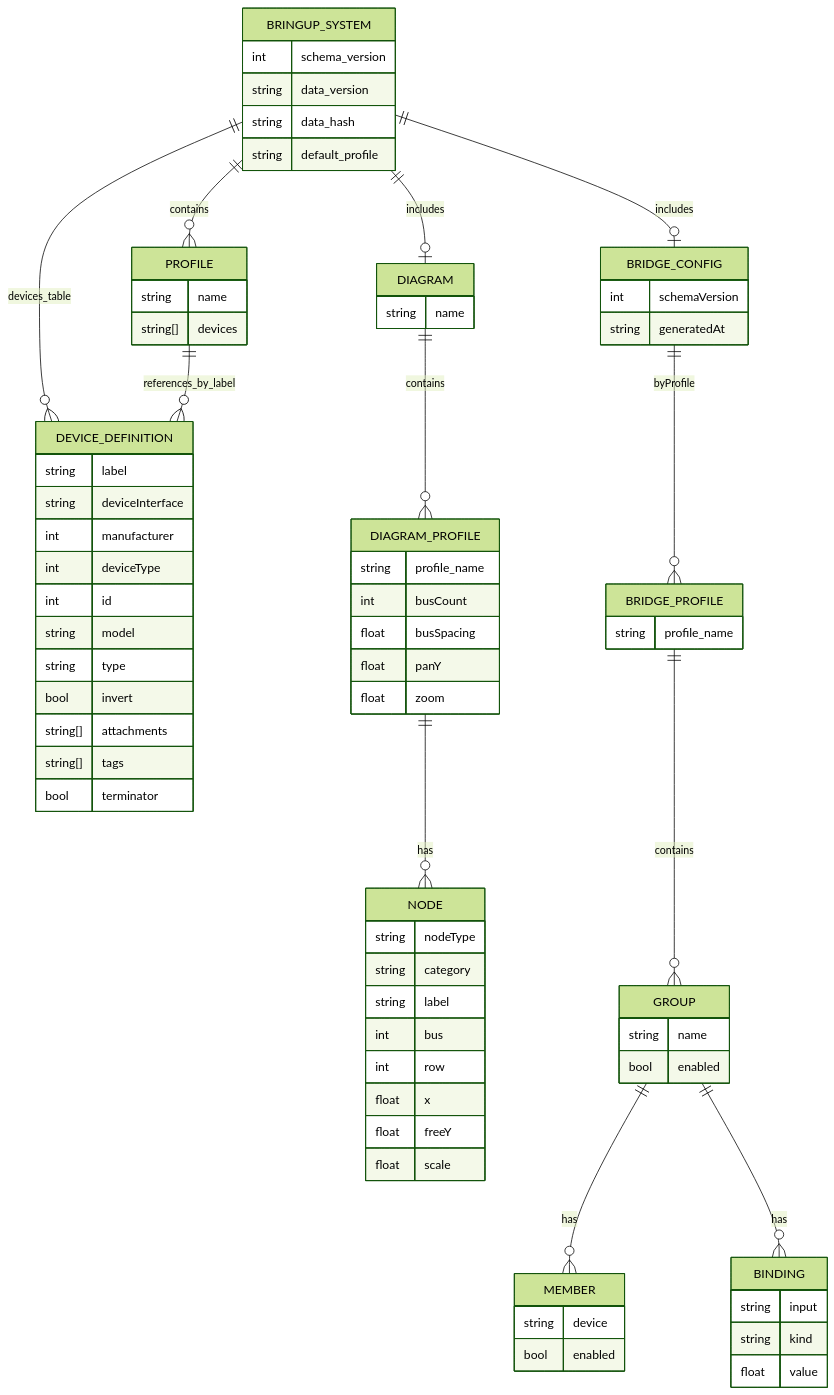
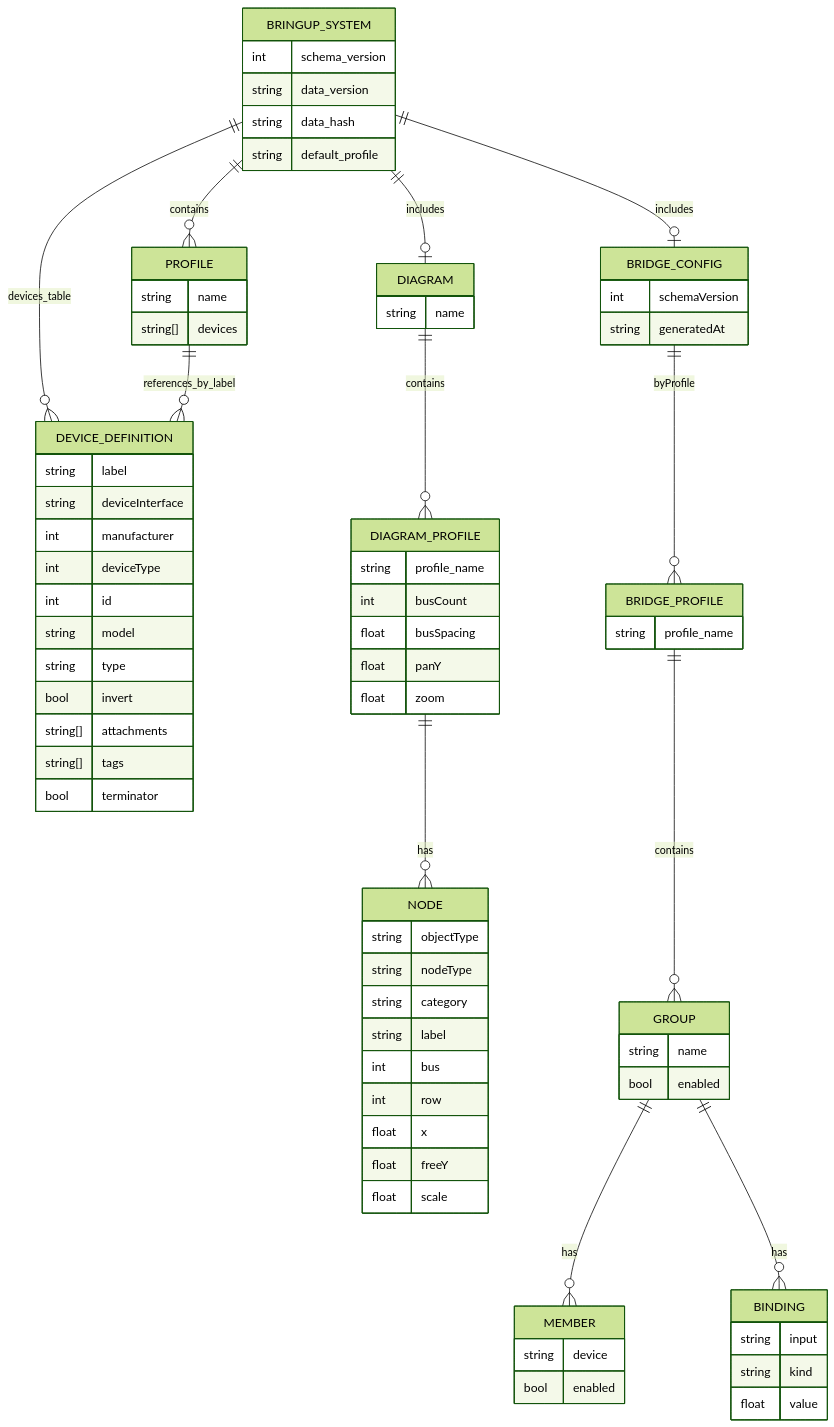
Before and after one commit to dmonachello/swerveBringupMotorTest1: the diagram in docs/bringup_profiles_schema_erd.md, drawn with Mermaid (forest theme). The commit also changed other lines of this file and 78 other files, not shown here.

```diff
--- a/docs/bringup_profiles_schema_erd.md
+++ b/docs/bringup_profiles_schema_erd.md
@@ -55,6 +55,7 @@
     }
 
     NODE {
+        string objectType
         string nodeType
         string category
         string label
```
